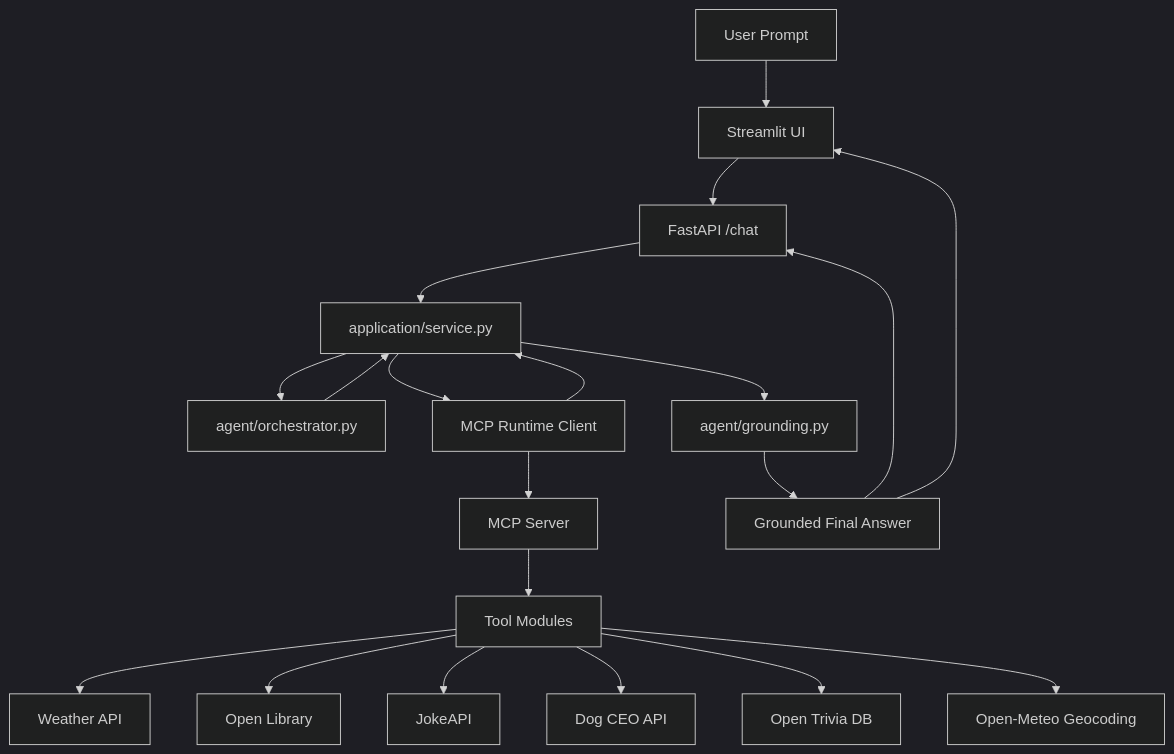
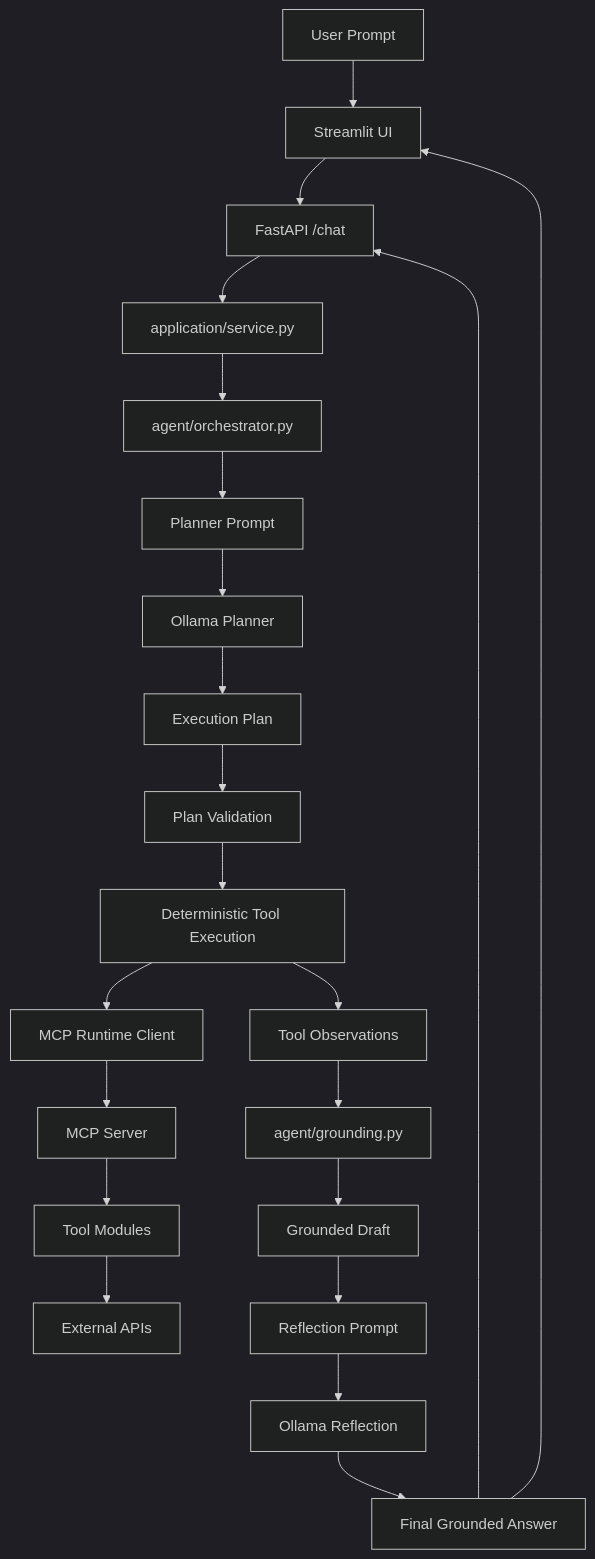
One commit to ps-mohit-kapadia/L2-weekend-wizard changed the diagram in README.md. Above: the diagram before and after it, drawn with Mermaid (dark theme). The commit also changed other lines of this file, not shown here.

````diff
--- a/README.md
+++ b/README.md
@@ -22,27 +41,24 @@
 ```mermaid
 flowchart TD
-
-A["User Prompt"] --> B["Streamlit UI"]
-B --> C["FastAPI /chat"]
-C --> D["application/service.py"]
-
-D --> E["agent/orchestrator.py"]
-E --> D
-
-D --> F["MCP Runtime Client"]
-F --> G["MCP Server"]
-G --> H["Tool Modules"]
-
-H --> I["Weather API"]
-H --> J["Open Library"]
-H --> K["JokeAPI"]
-H --> L["Dog CEO API"]
-H --> M["Open Trivia DB"]
-H --> N["Open-Meteo Geocoding"]
-
-F --> D
-D --> O["agent/grounding.py"]
-O --> P["Grounded Final Answer"]
-P --> C
-P --> B
+    A["User Prompt"] --> B["Streamlit UI"]
+    B --> C["FastAPI /chat"]
+    C --> D["application/service.py"]
+    D --> E["agent/orchestrator.py"]
+    E --> F["Planner Prompt"]
+    F --> G["Ollama Planner"]
+    G --> H["Execution Plan"]
+    H --> I["Plan Validation"]
+    I --> J["Deterministic Tool Execution"]
+    J --> K["MCP Runtime Client"]
+    K --> L["MCP Server"]
+    L --> M["Tool Modules"]
+    M --> N["External APIs"]
+    J --> O["Tool Observations"]
+    O --> P["agent/grounding.py"]
+    P --> Q["Grounded Draft"]
+    Q --> R["Reflection Prompt"]
+    R --> S["Ollama Reflection"]
+    S --> T["Final Grounded Answer"]
+    T --> C
+    T --> B
 ```
````
